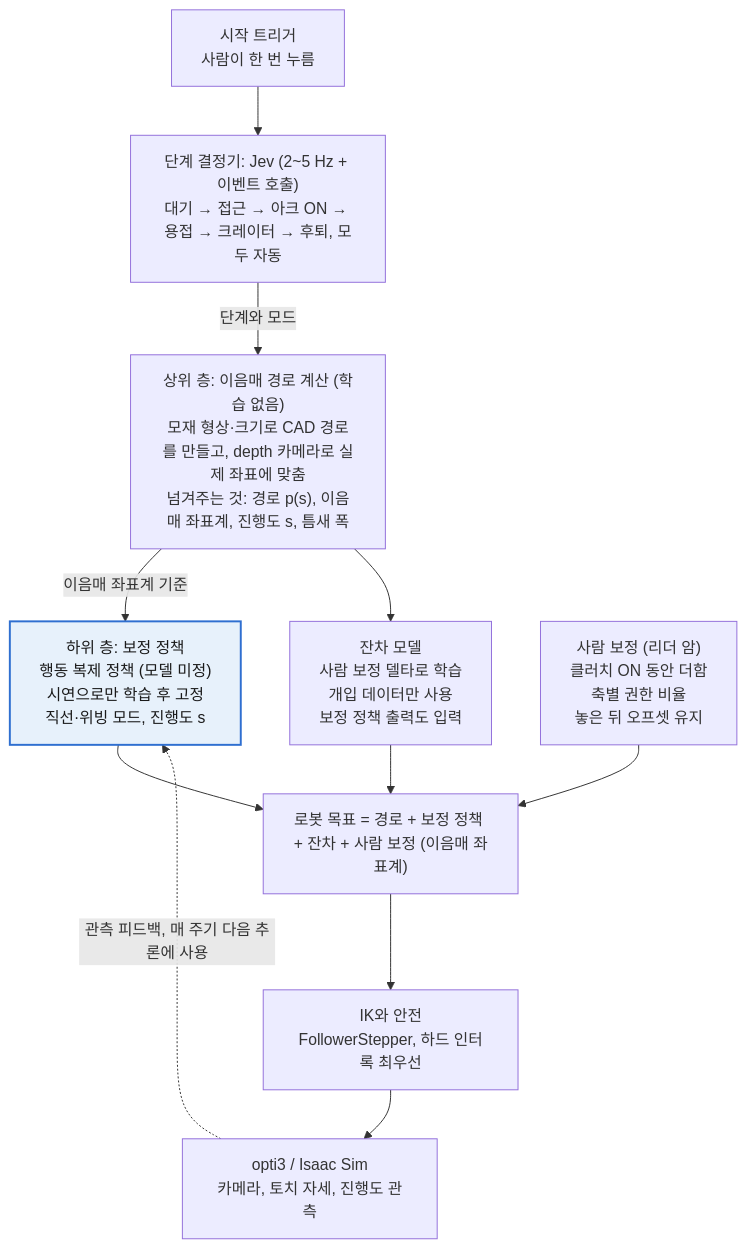
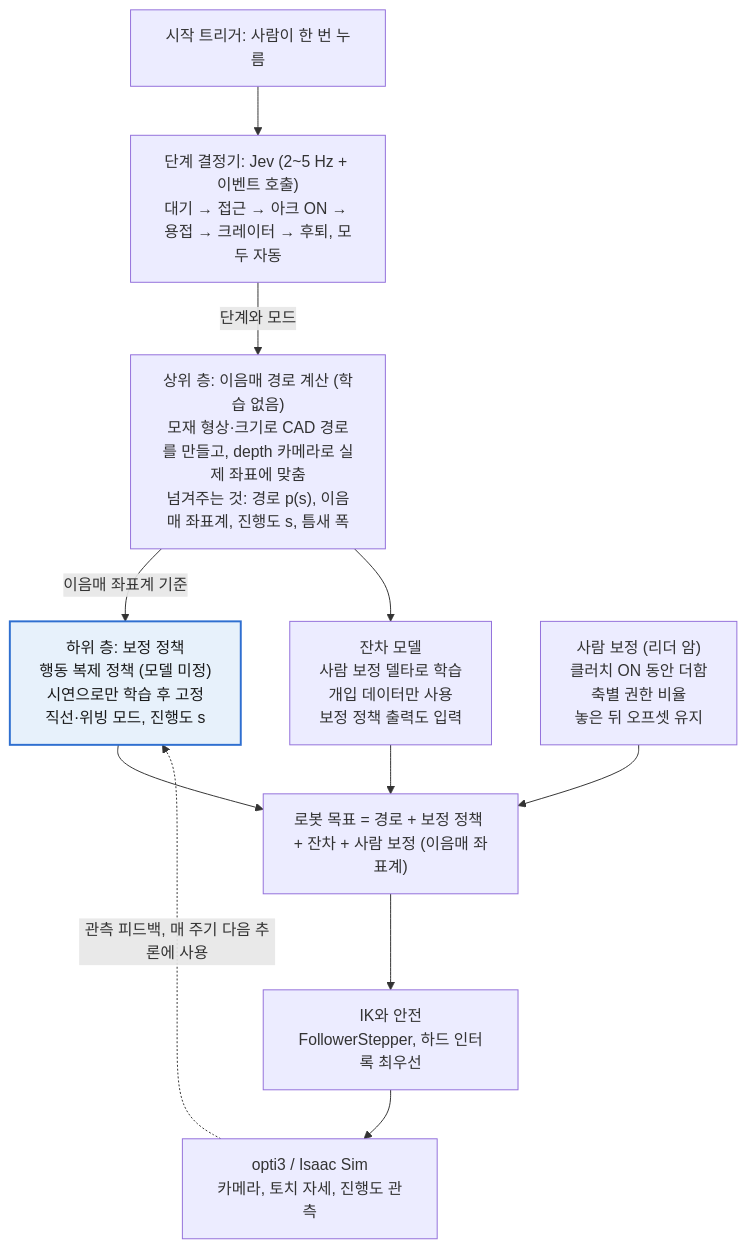
Before and after one commit to seongbean/Welding-Robot: the diagram in README.md, drawn with Mermaid.

````diff
--- a/README.md
+++ b/README.md
@@ -11,16 +11,16 @@
 ```mermaid
 flowchart TD
-    trigger["시작 트리거<br/>사람이 한 번 누름"] --> phase["단계 결정기: Jev (2~5 Hz + 이벤트 호출)<br/>대기 → 접근 → 아크 ON → 용접 → 크레이터 → 후퇴, 모두 자동"]
+    trigger["시작 트리거: 사람이 한 번 누름"] --> phase["단계 결정기: Jev (2~5 Hz + 이벤트 호출)<br/>대기 → 접근 → 아크 ON → 용접 → 크레이터 → 후퇴, 모두 자동"]
     phase -->|단계와 모드| upper["상위 층: 이음매 경로 계산 (학습 없음)<br/>모재 형상·크기로 CAD 경로를 만들고, depth 카메라로 실제 좌표에 맞춤<br/>넘겨주는 것: 경로 p(s), 이음매 좌표계, 진행도 s, 틈새 폭"]
     upper -->|이음매 좌표계 기준| base["하위 층: 보정 정책<br/>행동 복제 정책 (모델 미정)<br/>시연으로만 학습 후 고정<br/>직선·위빙 모드, 진행도 s"]
     upper --> residual["잔차 모델<br/>사람 보정 델타로 학습<br/>개입 데이터만 사용<br/>보정 정책 출력도 입력"]
     human["사람 보정 (리더 암)<br/>클러치 ON 동안 더함<br/>축별 권한 비율<br/>놓은 뒤 오프셋 유지"]
     base --> sum["로봇 목표 = 경로 + 보정 정책 + 잔차 + 사람 보정 (이음매 좌표계)"]
     residual --> sum
     human --> sum
     sum --> ik["IK와 안전<br/>FollowerStepper, 하드 인터록 최우선"]
     ik --> robot["opti3 / Isaac Sim<br/>카메라, 토치 자세, 진행도 관측"]
     robot -. 관측 피드백, 매 주기 다음 추론에 사용 .-> base
     classDef learned fill:#e7f1fb,stroke:#2f6fd0,stroke-width:2px,color:#1a1a1a
     class base learned
 ```
````
